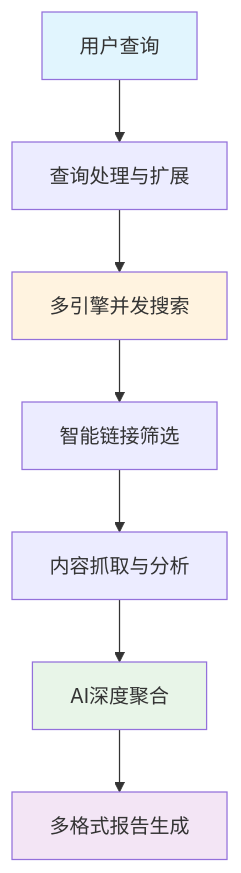
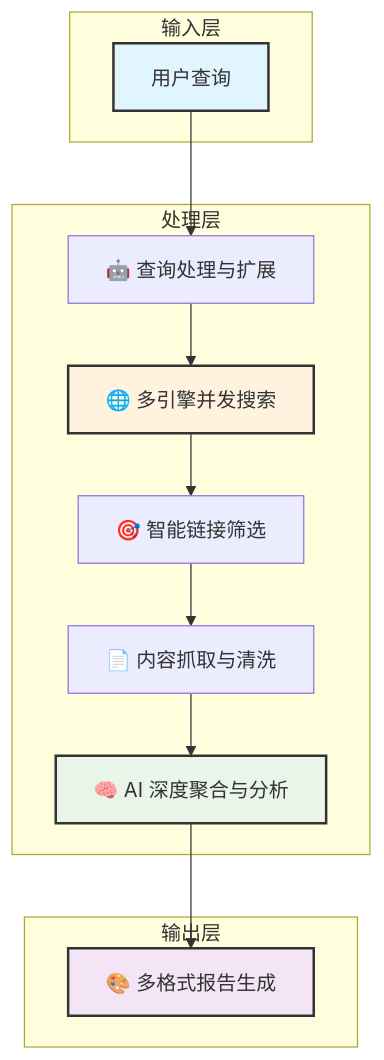
One commit to lxfight/astrbot_plugin_deepresearch changed the diagram in README.md. Above: the diagram before and after it, drawn with Mermaid. The commit also changed other lines of this file, not shown here.

````diff
--- a/README.md
+++ b/README.md
@@ -131,14 +152,28 @@
 ```mermaid
 graph TD
-    A[用户查询] --> B[查询处理与扩展]
-    B --> C[多引擎并发搜索]
-    C --> D[智能链接筛选]
-    D --> E[内容抓取与分析]
-    E --> F[AI深度聚合]
-    F --> G[多格式报告生成]
+    A[用户查询] --> B[🤖 查询处理与扩展]
+    B --> C[🌐 多引擎并发搜索]
+    C --> D[🎯 智能链接筛选]
+    D --> E[📄 内容抓取与清洗]
+    E --> F[🧠 AI 深度聚合与分析]
+    F --> G[🎨 多格式报告生成]
     
-    style A fill:#e1f5fe
-    style G fill:#f3e5f5
-    style C fill:#fff3e0
-    style F fill:#e8f5e8
+    subgraph "输入层"
+        A
+    end
+    subgraph "处理层"
+        B
+        C
+        D
+        E
+        F
+    end
+    subgraph "输出层"
+        G
+    end
+
+    style A fill:#e1f5fe,stroke:#333,stroke-width:2px
+    style G fill:#f3e5f5,stroke:#333,stroke-width:2px
+    style C fill:#fff3e0,stroke:#333,stroke-width:2px
+    style F fill:#e8f5e8,stroke:#333,stroke-width:2px
 ```
````
